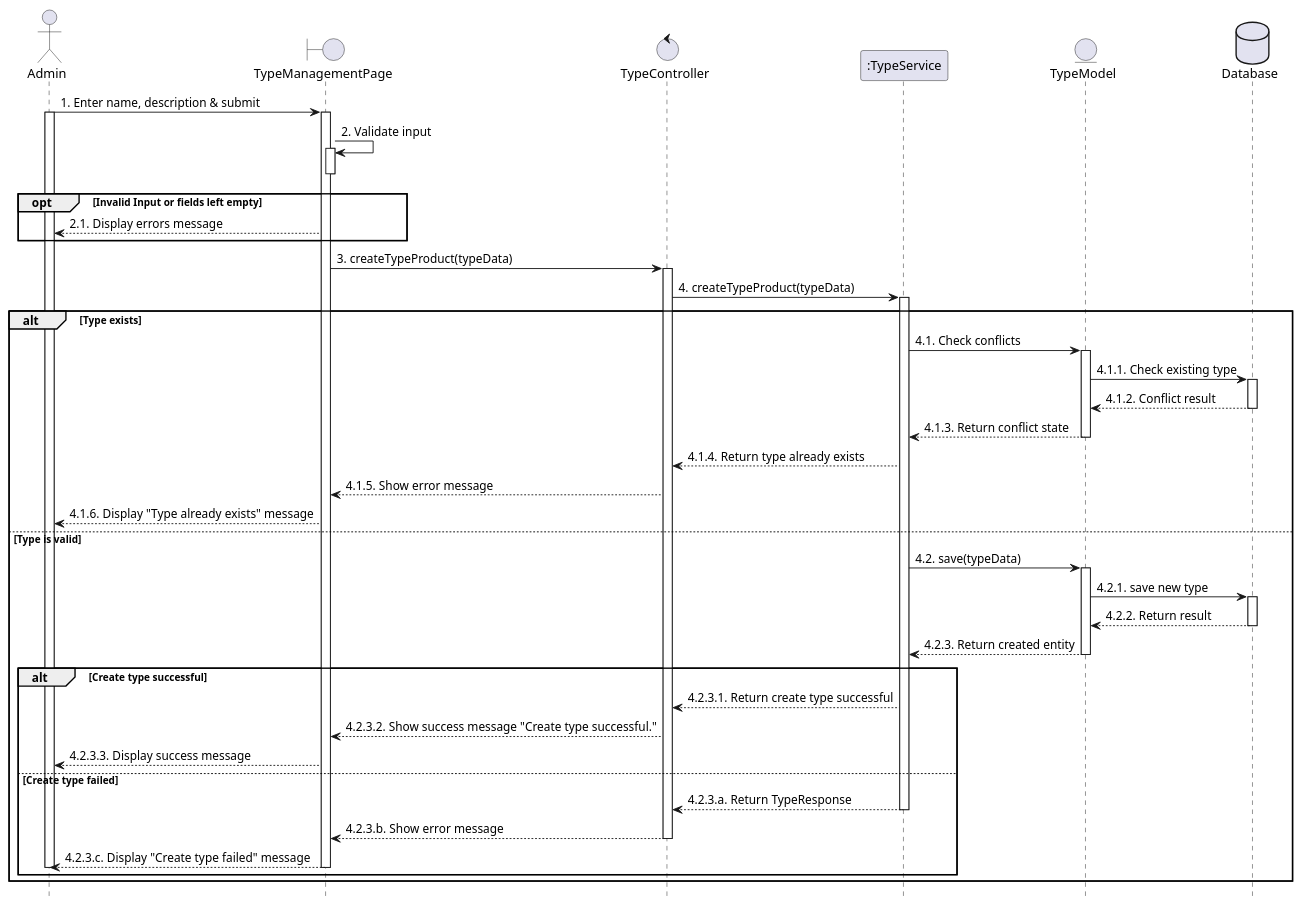
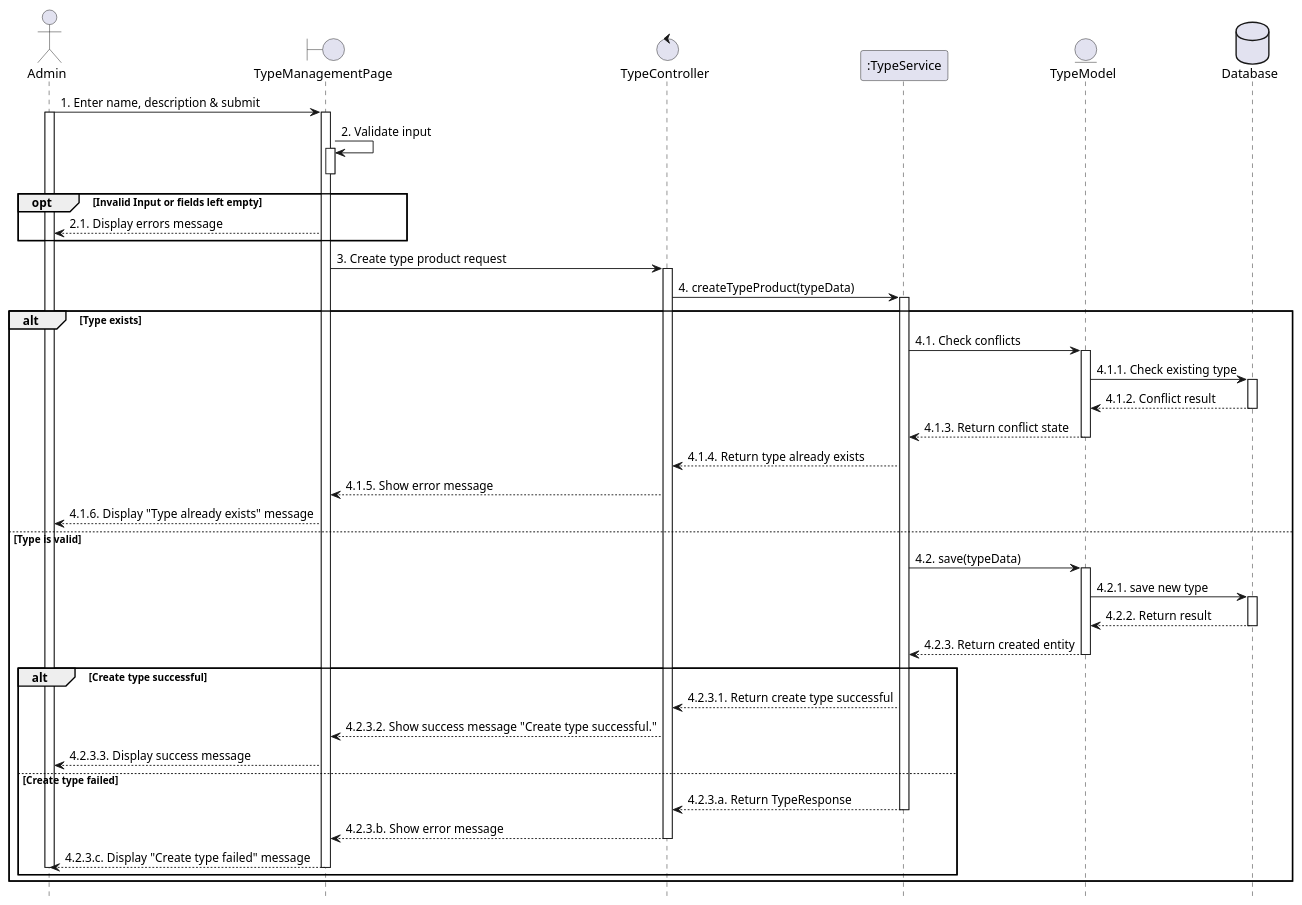
One commit to VietDurian/VietDurian changed the diagram in planuml/web/47_createType.puml. Above: the diagram before and after it, drawn with PlantUML. The commit also changed 33 other files, not shown here.

```diff
--- a/planuml/web/47_createType.puml
+++ b/planuml/web/47_createType.puml
@@ -1,69 +1,69 @@
 @startuml 47_createType
 hide footbox
 
 actor User as "Admin" 
 boundary TypeManagementPage as View
 control "TypeController" as Controller
 participant ":TypeService" as Service
 entity "TypeModel" as Model
 database Database as Database
 
 
 User -> View : 1. Enter name, description & submit
 activate View
 activate User
 View -> View : 2. Validate input
 activate View
 deactivate View
 opt Invalid Input or fields left empty
     View --> User : 2.1. Display errors message
 end
 
-View -> Controller : 3. createTypeProduct(typeData)
+View -> Controller : 3. Create type product request
 activate Controller
 
 Controller -> Service : 4. createTypeProduct(typeData)
 activate Service
 
 alt Type exists
         Service -> Model : 4.1. Check conflicts
         activate Model
 
         Model -> Database : 4.1.1. Check existing type
         activate Database
         Database --> Model : 4.1.2. Conflict result
         deactivate Database
 
         Model --> Service : 4.1.3. Return conflict state
         deactivate Model
 
         Service --> Controller : 4.1.4. Return type already exists
         Controller --> View : 4.1.5. Show error message
         View --> User : 4.1.6. Display "Type already exists" message
 else Type is valid
         Service -> Model : 4.2. save(typeData)
         activate Model
 
         Model -> Database : 4.2.1. save new type
         activate Database
         Database --> Model : 4.2.2. Return result
         deactivate Database
 
         Model --> Service : 4.2.3. Return created entity
         deactivate Model
 
                 alt Create type successful
                         Service --> Controller : 4.2.3.1. Return create type successful
                         Controller --> View : 4.2.3.2. Show success message "Create type successful."
                         View --> User : 4.2.3.3. Display success message
                 else Create type failed
                         Service --> Controller : 4.2.3.a. Return TypeResponse
                         deactivate Service
                         Controller --> View : 4.2.3.b. Show error message
                         deactivate Controller
                         View --> User : 4.2.3.c. Display "Create type failed" message
                         deactivate View
                         deactivate User
                 end
 end
 @enduml
```
